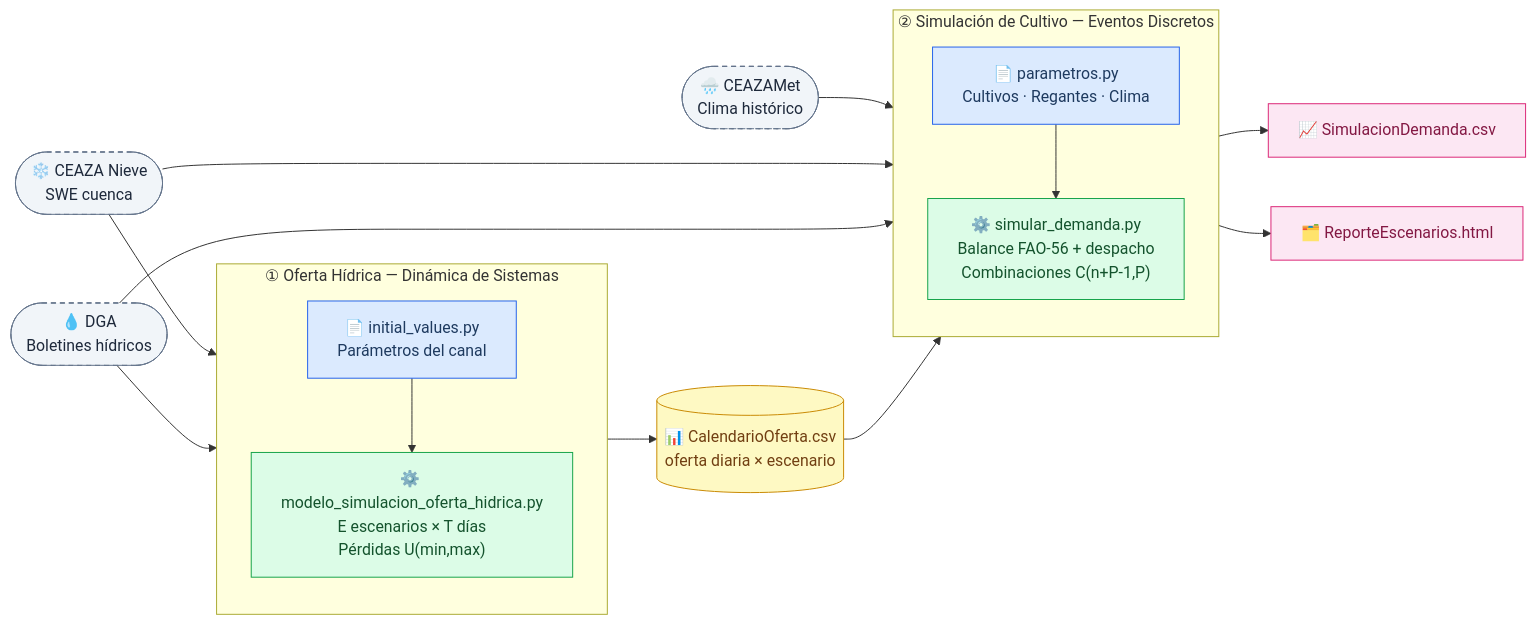
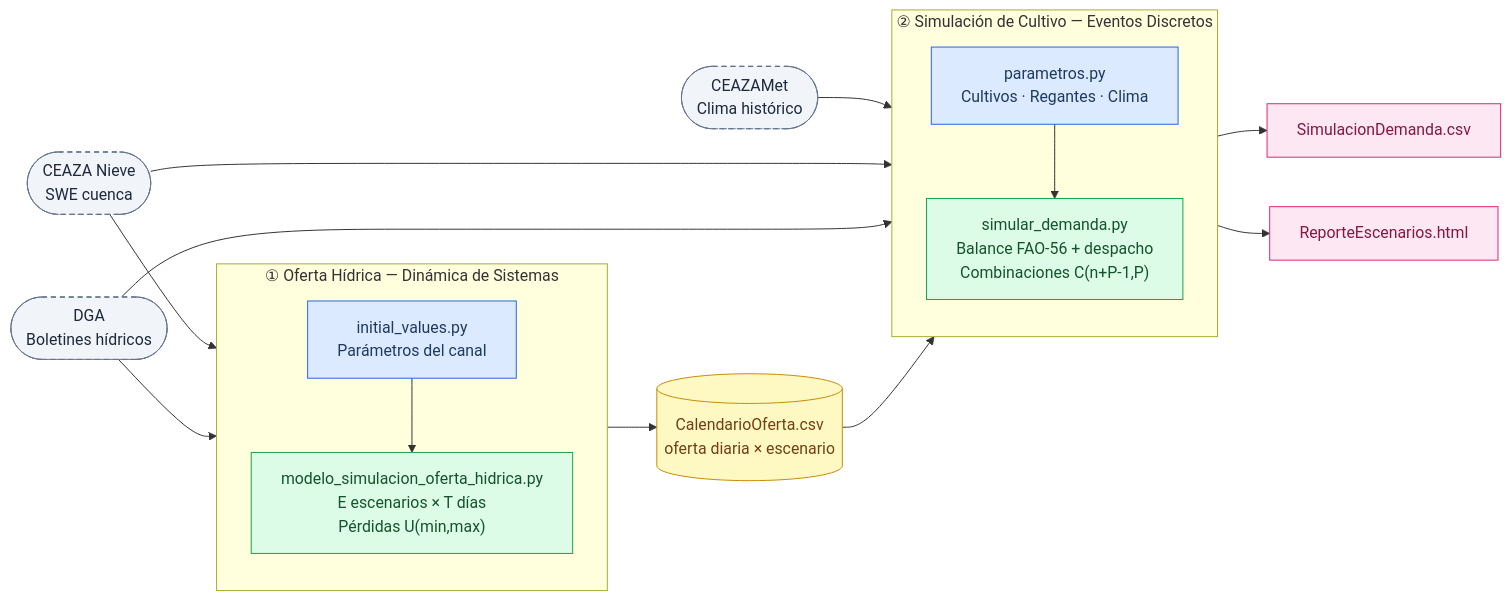
Before and after one commit to toniesky/Simulaci-n-multiparadigma-cultivo: the first of 4 diagrams in README.md, drawn with Mermaid. The commit also changed other lines of this file, not shown here.

Commit message:
style: eliminar emojis de los diagramas Mermaid

````diff
--- a/README.md
+++ b/README.md
@@ -66,44 +66,44 @@
 ```mermaid
 flowchart LR
-    classDef ext    fill:#f1f5f9,stroke:#64748b,color:#1e293b,stroke-dasharray:5 4
-    classDef param  fill:#dbeafe,stroke:#2563eb,color:#1e3a5f
-    classDef engine fill:#dcfce7,stroke:#16a34a,color:#14532d
-    classDef csv    fill:#fef9c3,stroke:#ca8a04,color:#713f12
-    classDef out    fill:#fce7f3,stroke:#db2777,color:#831843
+ classDef ext fill:#f1f5f9,stroke:#64748b,color:#1e293b,stroke-dasharray:5 4
+ classDef param fill:#dbeafe,stroke:#2563eb,color:#1e3a5f
+ classDef engine fill:#dcfce7,stroke:#16a34a,color:#14532d
+ classDef csv fill:#fef9c3,stroke:#ca8a04,color:#713f12
+ classDef out fill:#fce7f3,stroke:#db2777,color:#831843
 
-    %% Fuentes externas
-    EXT1(["🌧️ CEAZAMet\nClima histórico"]):::ext
-    EXT2(["❄️ CEAZA Nieve\nSWE cuenca"]):::ext
-    EXT3(["💧 DGA\nBoletines hídricos"]):::ext
+ %% Fuentes externas
+ EXT1(["CEAZAMet\nClima histórico"]):::ext
+ EXT2(["CEAZA Nieve\nSWE cuenca"]):::ext
+ EXT3(["DGA\nBoletines hídricos"]):::ext
 
-    %% Módulo 1
-    subgraph M1["① Oferta Hídrica — Dinámica de Sistemas"]
-        direction TB
-        P1["📄 initial_values.py\nParámetros del canal"]:::param
-        SD["⚙️ modelo_simulacion_oferta_hidrica.py\nE escenarios × T días\nPérdidas U(min,max)"]:::engine
-        P1 --> SD
-    end
+ %% Módulo 1
+ subgraph M1["① Oferta Hídrica — Dinámica de Sistemas"]
+ direction TB
+ P1["initial_values.py\nParámetros del canal"]:::param
+ SD["modelo_simulacion_oferta_hidrica.py\nE escenarios × T días\nPérdidas U(min,max)"]:::engine
+ P1 --> SD
+ end
 
-    %% Módulo 2
-    subgraph M2["② Simulación de Cultivo — Eventos Discretos"]
-        direction TB
-        P2["📄 parametros.py\nCultivos · Regantes · Clima"]:::param
-        DE["⚙️ simular_demanda.py\nBalance FAO-56 + despacho\nCombinaciones C(n+P-1,P)"]:::engine
-        P2 --> DE
-    end
+ %% Módulo 2
+ subgraph M2["② Simulación de Cultivo — Eventos Discretos"]
+ direction TB
+ P2["parametros.py\nCultivos · Regantes · Clima"]:::param
+ DE["simular_demanda.py\nBalance FAO-56 + despacho\nCombinaciones C(n+P-1,P)"]:::engine
+ P2 --> DE
+ end
 
-    %% Archivo intermedio
-    CSV[("📊 CalendarioOferta.csv\noferta diaria × escenario")]:::csv
+ %% Archivo intermedio
+ CSV[("CalendarioOferta.csv\noferta diaria × escenario")]:::csv
 
-    %% Salidas finales
-    O1["📈 SimulacionDemanda.csv"]:::out
-    O2["🗂️ ReporteEscenarios.html"]:::out
+ %% Salidas finales
+ O1["SimulacionDemanda.csv"]:::out
+ O2["ReporteEscenarios.html"]:::out
 
-    %% Flujos
-    EXT1 & EXT2 & EXT3 --> P2
-    EXT2 & EXT3          --> P1
-    SD  --> CSV
-    CSV --> DE
-    DE  --> O1
-    DE  --> O2
+ %% Flujos
+ EXT1 & EXT2 & EXT3 --> P2
+ EXT2 & EXT3 --> P1
+ SD --> CSV
+ CSV --> DE
+ DE --> O1
+ DE --> O2
 ```
````
